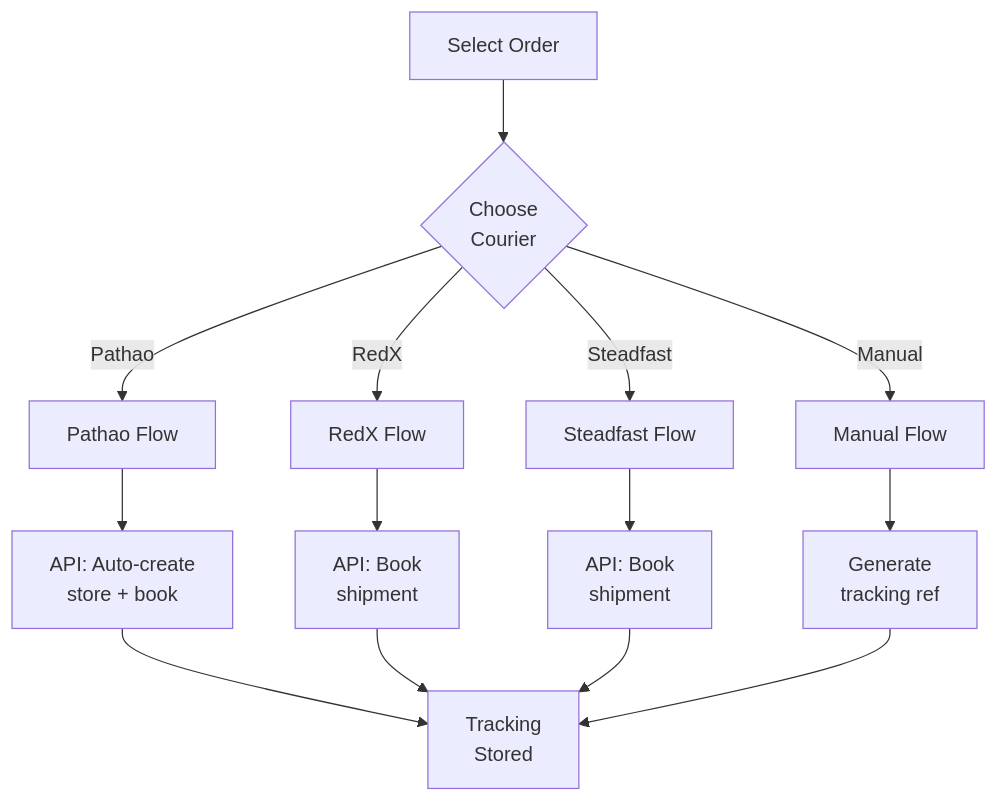
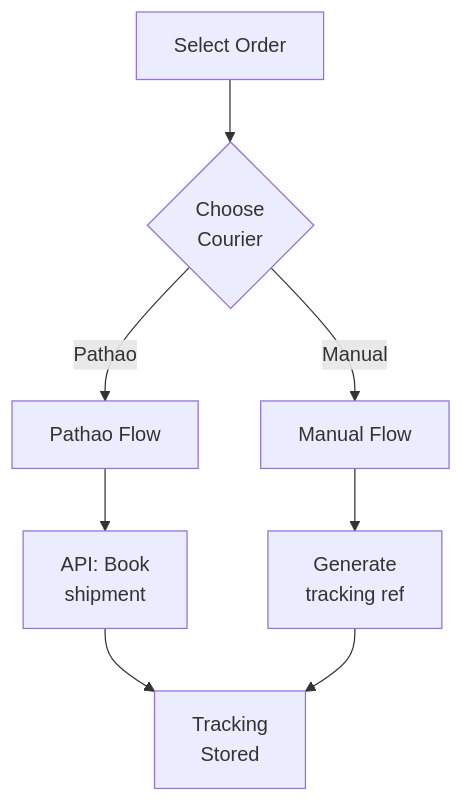
Before and after one commit to Suhan-Ahmad226/LofiMart: the sixth of 10 diagrams in docs/Seller-Flow.md, drawn with Mermaid. The commit also changed other lines of this file and 672 other files, not shown here.

Commit message:
refactor: consolidate marketplace architecture and features

````diff
--- a/docs/Seller-Flow.md
+++ b/docs/Seller-Flow.md
@@ -166,19 +166,13 @@
 ```mermaid
 graph TB
     SelectOrder["Select Order"] --> SelectCourier{"Choose<br/>Courier"}
     
     SelectCourier -->|"Pathao"| PathaoFlow["Pathao Flow"]
-    SelectCourier -->|"RedX"| RedxFlow["RedX Flow"]
-    SelectCourier -->|"Steadfast"| SteadfastFlow["Steadfast Flow"]
     SelectCourier -->|"Manual"| ManualFlow["Manual Flow"]
     
-    PathaoFlow --> PathaoAPI["API: Auto-create<br/>store + book"]
-    RedxFlow --> RedxAPI["API: Book<br/>shipment"]
-    SteadfastFlow --> SteadfastAPI["API: Book<br/>shipment"]
+    PathaoFlow --> PathaoAPI["API: Book<br/>shipment"]
     ManualFlow --> ManualRef["Generate<br/>tracking ref"]
     
     PathaoAPI --> Tracking["Tracking<br/>Stored"]
-    RedxAPI --> Tracking
-    SteadfastAPI --> Tracking
     ManualRef --> Tracking
 ```
````
